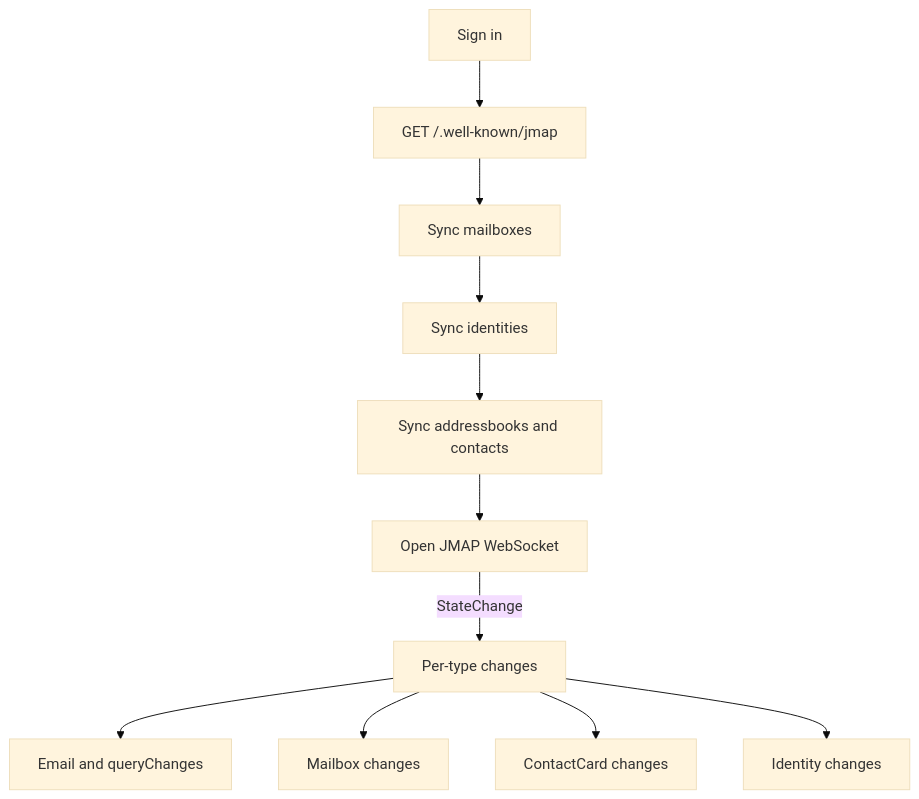
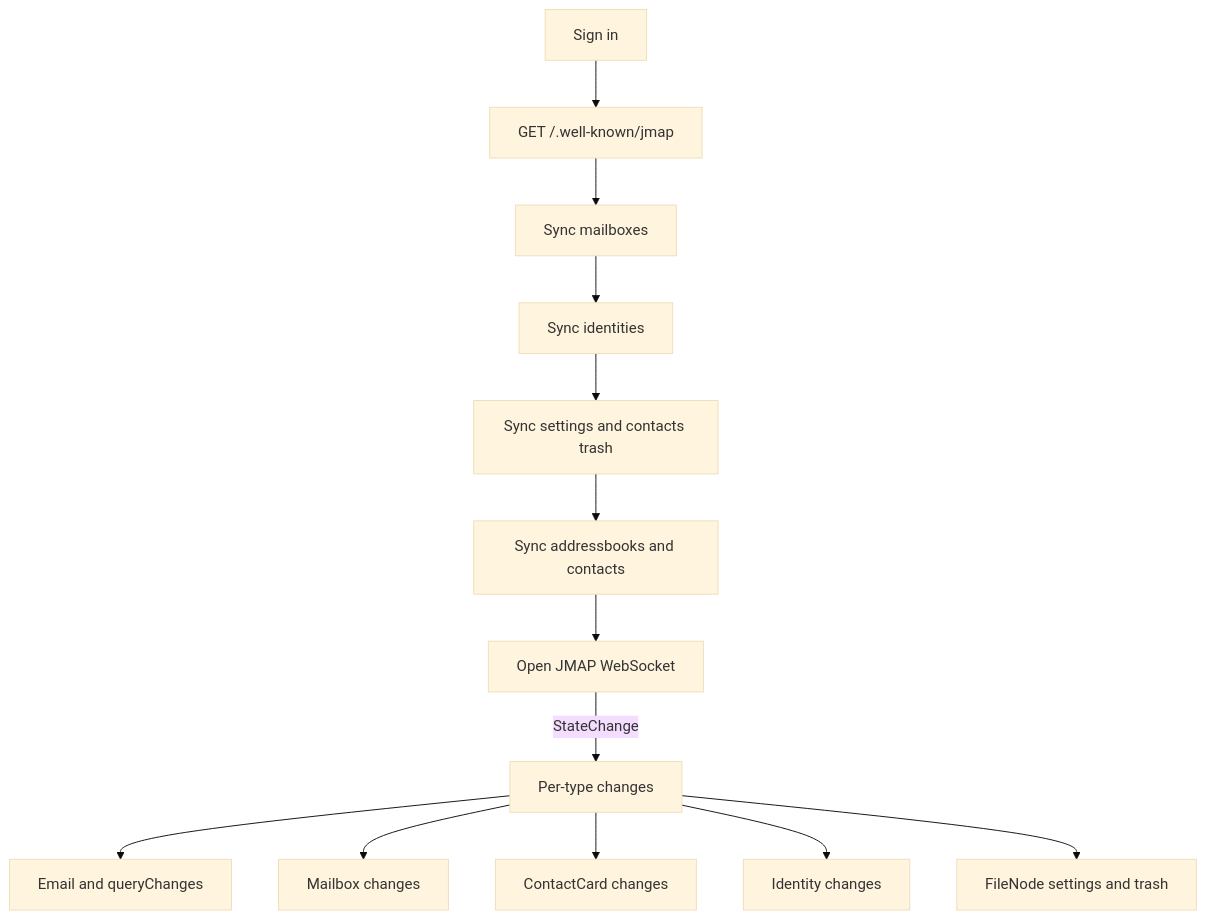
Before and after one commit to thunderbird/stormbox: the second of 2 diagrams in docs/architecture/performance.md, drawn with Mermaid (base theme). The commit also changed other lines of this file and 9 other files, not shown here.

First line of the commit message:
Document and verify the expanded MVP architecture

````diff
--- a/docs/architecture/performance.md
+++ b/docs/architecture/performance.md
@@ -82,13 +89,15 @@
 ```mermaid
 flowchart TD
     Login[Sign in] --> Session[GET /.well-known/jmap]
     Session --> Mailboxes[Sync mailboxes]
     Mailboxes --> Identities[Sync identities]
-    Identities --> AddressBooks[Sync addressbooks and contacts]
+    Identities --> FileNodes[Sync settings and contacts trash]
+    FileNodes --> AddressBooks[Sync addressbooks and contacts]
     AddressBooks --> WS[Open JMAP WebSocket]
     WS -->|StateChange| Push[Per-type changes]
     Push --> EmailChanges[Email and queryChanges]
     Push --> MailboxChanges[Mailbox changes]
     Push --> ContactChanges[ContactCard changes]
     Push --> IdentityChanges[Identity changes]
+    Push --> FileNodeChanges[FileNode settings and trash]
 ```
````
